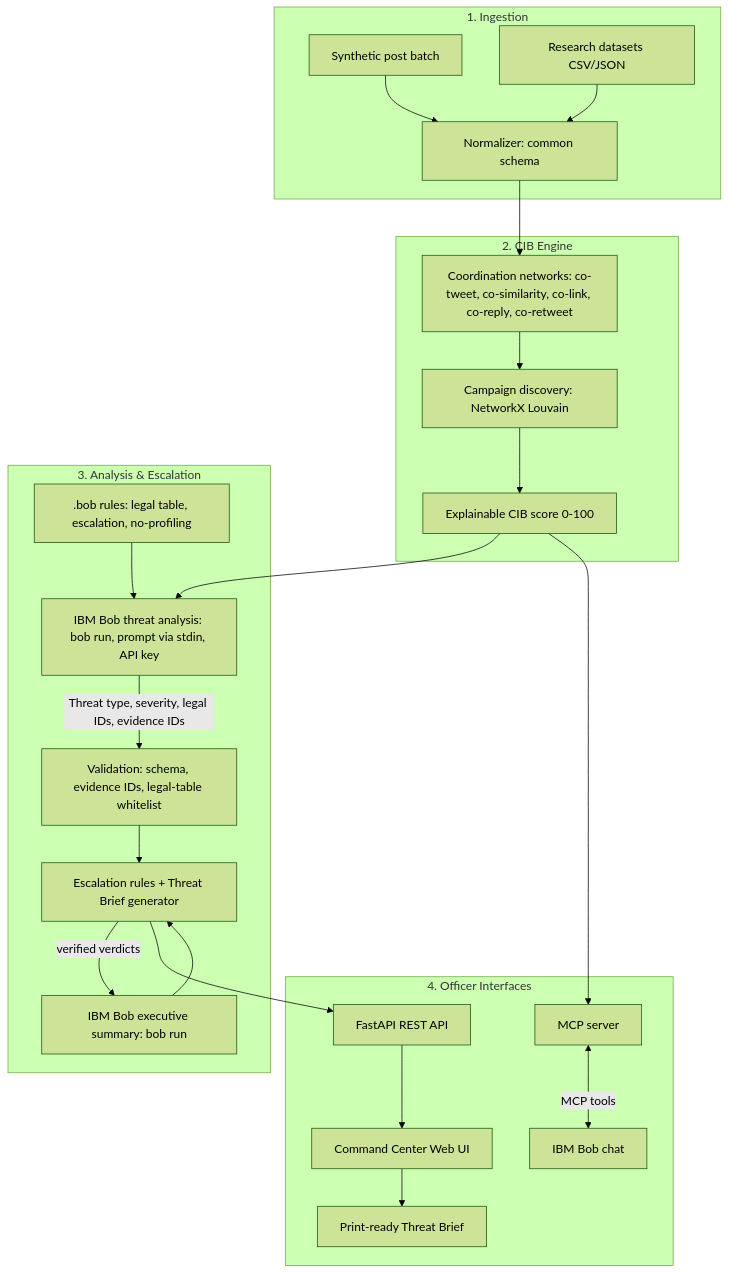
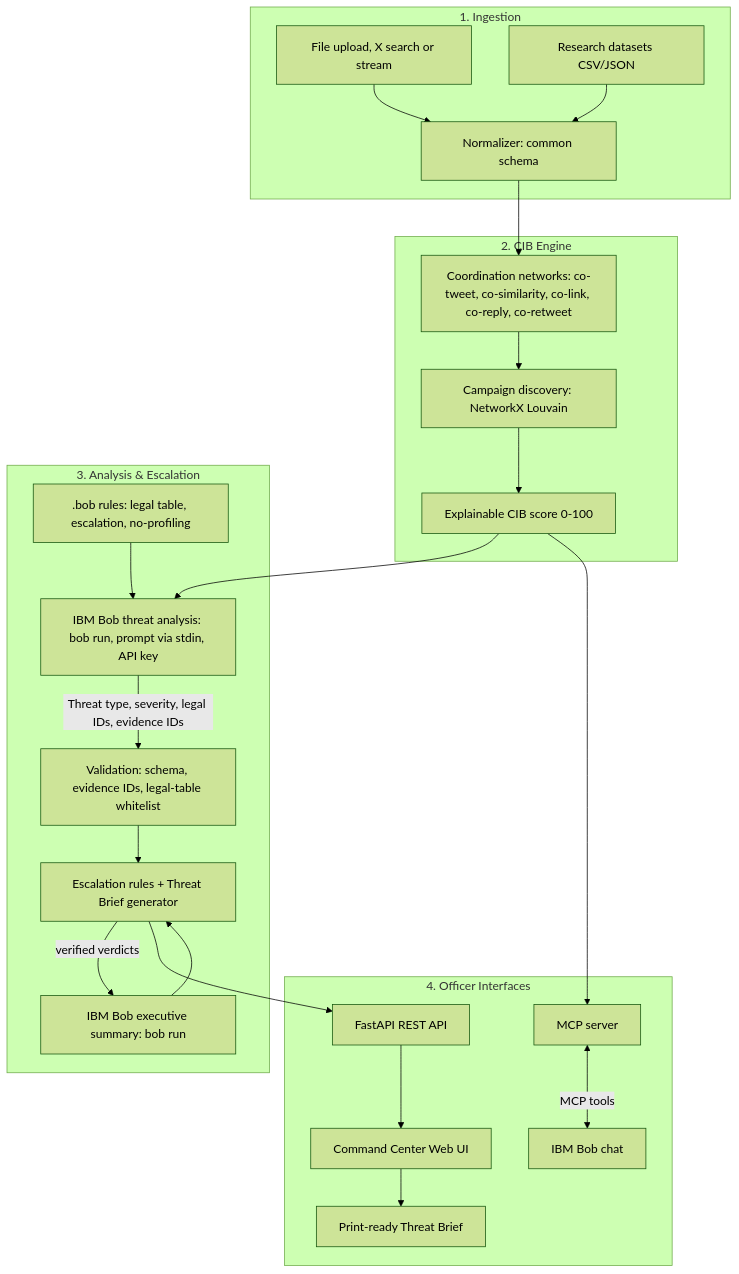
The first of 2 diagrams in docs/architecture.md (Tirth-chokshi/bob-ai-hackathon-shin-chan), drawn with Mermaid (forest theme) before and after one commit. The commit also changed other lines of this file and 93 other files, not shown here.

````diff
--- a/docs/architecture.md
+++ b/docs/architecture.md
@@ -7,30 +7,30 @@
 ```mermaid
 graph TD
     subgraph Ingestion_Layer ["1. Ingestion"]
-        A1[Synthetic post batch] --> B[Normalizer: common schema]
+        A1[File upload, X search or stream] --> B[Normalizer: common schema]
         A2[Research datasets CSV/JSON] --> B
     end
 
     subgraph Forensic_Pipeline ["2. CIB Engine"]
         B --> C[Coordination networks: co-tweet, co-similarity, co-link, co-reply, co-retweet]
         C --> D[Campaign discovery: NetworkX Louvain]
         D --> E[Explainable CIB score 0-100]
     end
 
     subgraph Intelligence_Core ["3. Analysis & Escalation"]
         R[.bob rules: legal table, escalation, no-profiling] --> G
         E --> G[IBM Bob threat analysis: bob run, prompt via stdin, API key]
         G -->|Threat type, severity, legal IDs, evidence IDs| H[Validation: schema, evidence IDs, legal-table whitelist]
         H --> I[Escalation rules + Threat Brief generator]
         I -->|verified verdicts| S[IBM Bob executive summary: bob run]
         S --> I
     end
 
     subgraph Integration_Layer ["4. Officer Interfaces"]
         I --> L[FastAPI REST API]
         L --> M[Command Center Web UI]
         M --> N[Print-ready Threat Brief]
         E --> J[MCP server]
         J <-->|MCP tools| K[IBM Bob chat]
     end
 ```
````
